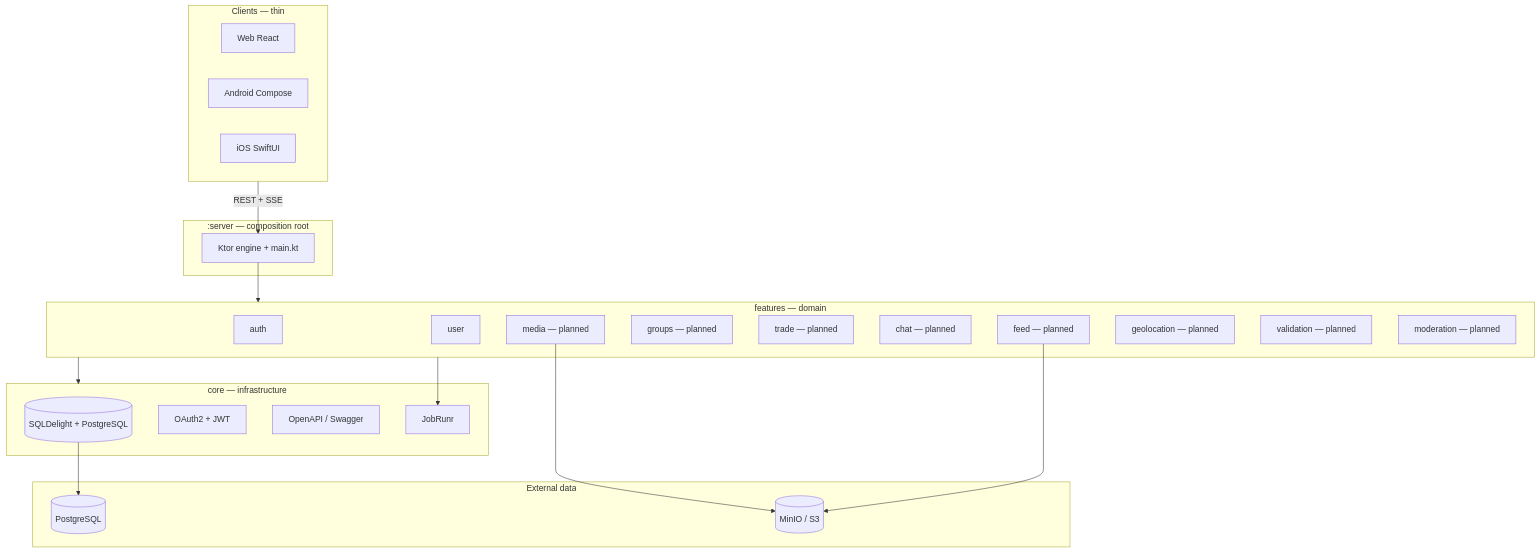
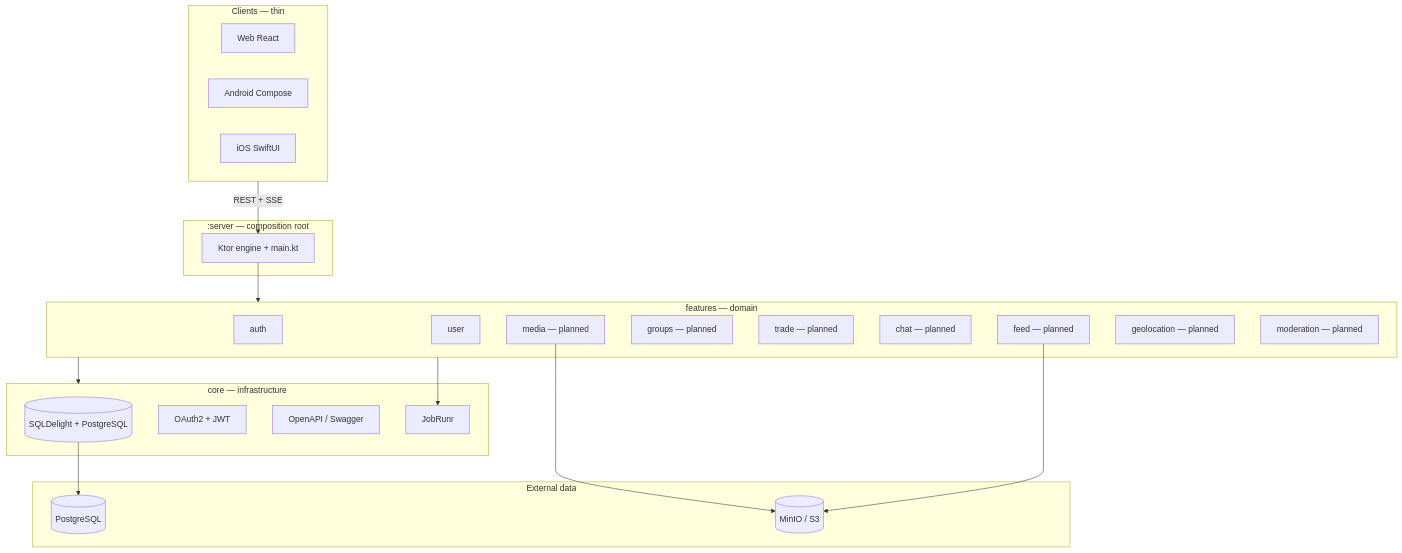
One commit to bieniucieniu/zula changed the diagram in docs/architecture.md. Above: the diagram before and after it, drawn with Mermaid. The commit also changed other lines of this file and 21 other files, not shown here.

````diff
--- a/docs/architecture.md
+++ b/docs/architecture.md
@@ -112,45 +111,44 @@
 ```mermaid
 flowchart TB
     subgraph clients [Clients — thin]
         web[Web React]
         android[Android Compose]
         ios[iOS SwiftUI]
     end
 
     subgraph server [":server — composition root"]
         ktor[Ktor engine + main.kt]
     end
 
     subgraph core [core — infrastructure]
         db[(SQLDelight + PostgreSQL)]
         sec[OAuth2 + JWT]
         oapi[OpenAPI / Swagger]
         jobs[JobRunr]
     end
 
     subgraph features [features — domain]
         auth[auth]
         user[user]
         feed[feed — planned]
         groups[groups — planned]
         trade[trade — planned]
         chat[chat — planned]
         media[media — planned]
         geo[geolocation — planned]
-        val[validation — planned]
         mod[moderation — planned]
     end
 
   subgraph data [External data]
         pg[(PostgreSQL)]
         s3[(MinIO / S3)]
     end
 
     clients -->|REST + SSE| ktor
     ktor --> features
     features --> core
     db --> pg
     media --> s3
     feed --> s3
     features --> jobs
 ```
````
